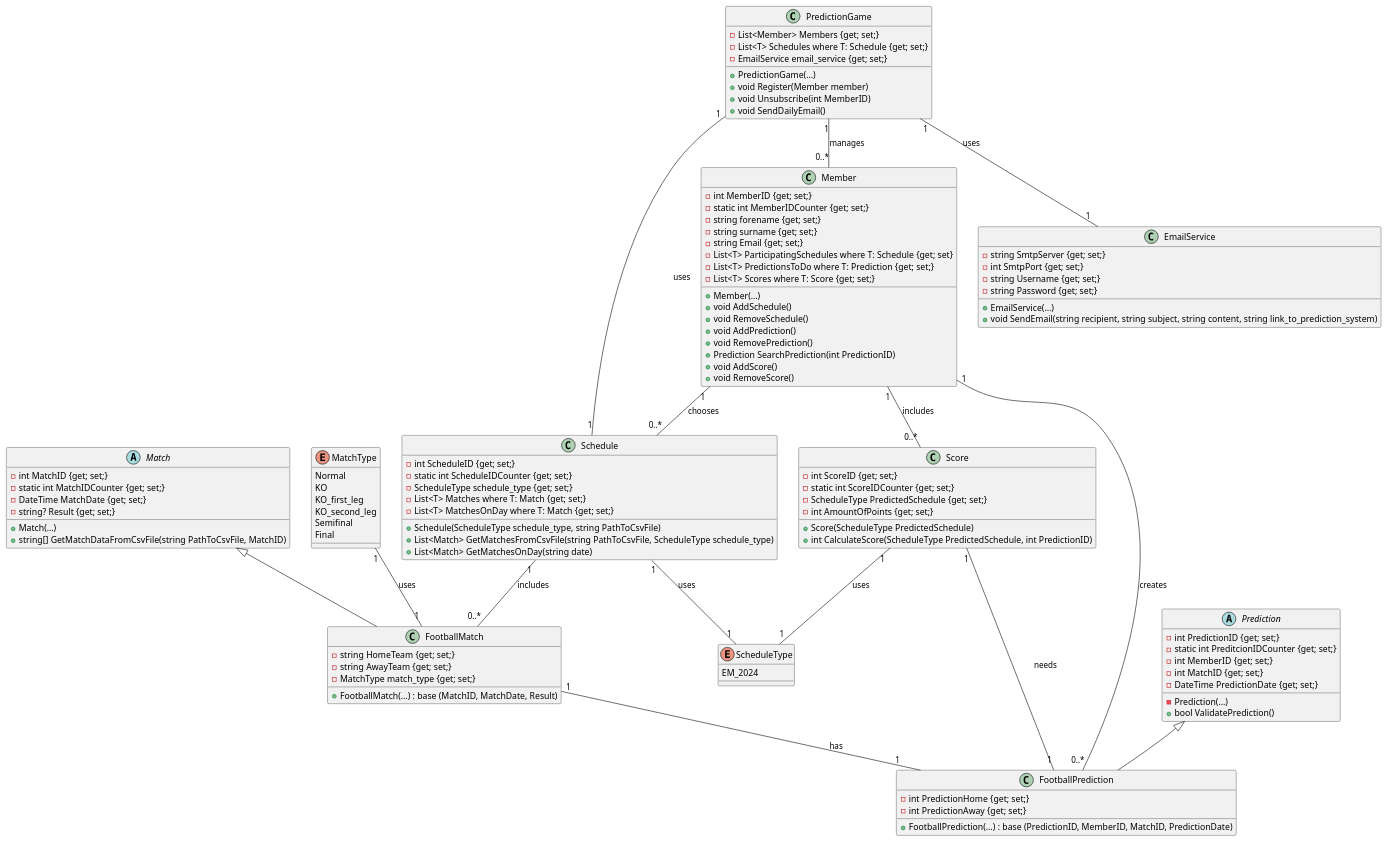
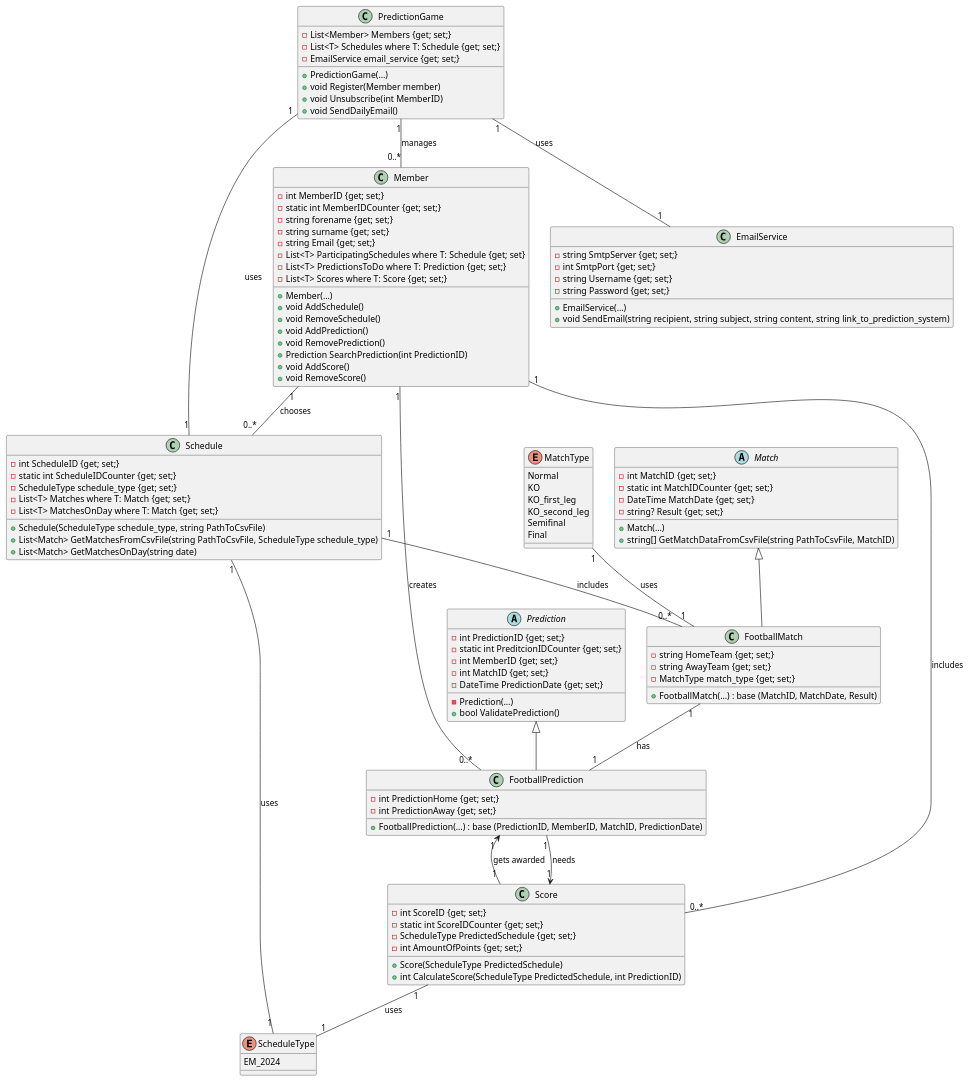
The diagram in SportPredictionSystem.plantuml (smn-hrtzsch/SPS), drawn with PlantUML before and after one commit.

Commit message:
specified realtion between FootballPrediction and Score

```diff
--- a/SportPredictionSystem.plantuml
+++ b/SportPredictionSystem.plantuml
@@ -1,117 +1,118 @@
 @startuml PredictionGame
 abstract class Match {
     - int MatchID {get; set;}
     - static int MatchIDCounter {get; set;}
     - DateTime MatchDate {get; set;}
     - string? Result {get; set;}
     + Match(…)
     + string[] GetMatchDataFromCsvFile(string PathToCsvFile, MatchID)
 }
 
 enum MatchType{
     Normal
     KO
     KO_first_leg
     KO_second_leg
     Semifinal
     Final
 }
 
 class FootballMatch extends Match {
     - string HomeTeam {get; set;}
     - string AwayTeam {get; set;}
     - MatchType match_type {get; set;}
     + FootballMatch(…) : base (MatchID, MatchDate, Result)
 }
 
 class Member {
     - int MemberID {get; set;}
     - static int MemberIDCounter {get; set;}
     - string forename {get; set;}
     - string surname {get; set;}
     - string Email {get; set;}
     - List<T> ParticipatingSchedules where T: Schedule {get; set}
     - List<T> PredictionsToDo where T: Prediction {get; set;}
     - List<T> Scores where T: Score {get; set;}
     + Member(…)
     + void AddSchedule()
     + void RemoveSchedule()
     + void AddPrediction()
     + void RemovePrediction()
     + Prediction SearchPrediction(int PredictionID)
     + void AddScore()
     + void RemoveScore()
 }
 
 abstract class Prediction {
     - int PredictionID {get; set;}
     - static int PreditcionIDCounter {get; set;}
     - int MemberID {get; set;}
     - int MatchID {get; set;}
     - DateTime PredictionDate {get; set;}
     - Prediction(…)
     + bool ValidatePrediction()
 }
 
 class FootballPrediction extends Prediction {
     - int PredictionHome {get; set;}
     - int PredictionAway {get; set;}
     + FootballPrediction(…) : base (PredictionID, MemberID, MatchID, PredictionDate)
 }
 
 enum ScheduleType {
     EM_2024
 }
 
 class Schedule {
     - int ScheduleID {get; set;}
     - static int ScheduleIDCounter {get; set;}
     - ScheduleType schedule_type {get; set;}
     - List<T> Matches where T: Match {get; set;}
     - List<T> MatchesOnDay where T: Match {get; set;}
     + Schedule(ScheduleType schedule_type, string PathToCsvFile)
     + List<Match> GetMatchesFromCsvFile(string PathToCsvFile, ScheduleType schedule_type)
     + List<Match> GetMatchesOnDay(string date)
 }
 
 class Score {
     - int ScoreID {get; set;}
     - static int ScoreIDCounter {get; set;}
     - ScheduleType PredictedSchedule {get; set;}
     - int AmountOfPoints {get; set;}
     + Score(ScheduleType PredictedSchedule)
     + int CalculateScore(ScheduleType PredictedSchedule, int PredictionID)
 }
 
 class EmailService {
     - string SmtpServer {get; set;}
     - int SmtpPort {get; set;}
     - string Username {get; set;}
     - string Password {get; set;}
     + EmailService(…)
     + void SendEmail(string recipient, string subject, string content, string link_to_prediction_system)
 }
 
 class PredictionGame {
     - List<Member> Members {get; set;}
     - List<T> Schedules where T: Schedule {get; set;}
     - EmailService email_service {get; set;}
     + PredictionGame(…)
     + void Register(Member member)
     + void Unsubscribe(int MemberID)
     + void SendDailyEmail()
 }
 
 Member "1" -- "0..*" FootballPrediction : creates
 Member "1" -- "0..*" Score : includes
 Member "1" -- "0..*" Schedule : chooses
 FootballMatch "1" -- "1" FootballPrediction : has
 Schedule "1" -- "0..*" FootballMatch : includes
 PredictionGame "1" -- "0..*" Member : manages
 PredictionGame "1" -- "1" Schedule : uses
 PredictionGame "1" -- "1" EmailService : uses
 MatchType "1" -- "1" FootballMatch : uses
 Schedule "1" -- "1" ScheduleType : uses
 Score "1" -- "1" ScheduleType : uses
-Score "1" -- "1" FootballPrediction : needs
+Score "1" <-- "1" FootballPrediction : needs
+FootballPrediction "1" <-- "1" Score : gets awarded
 @enduml
```
